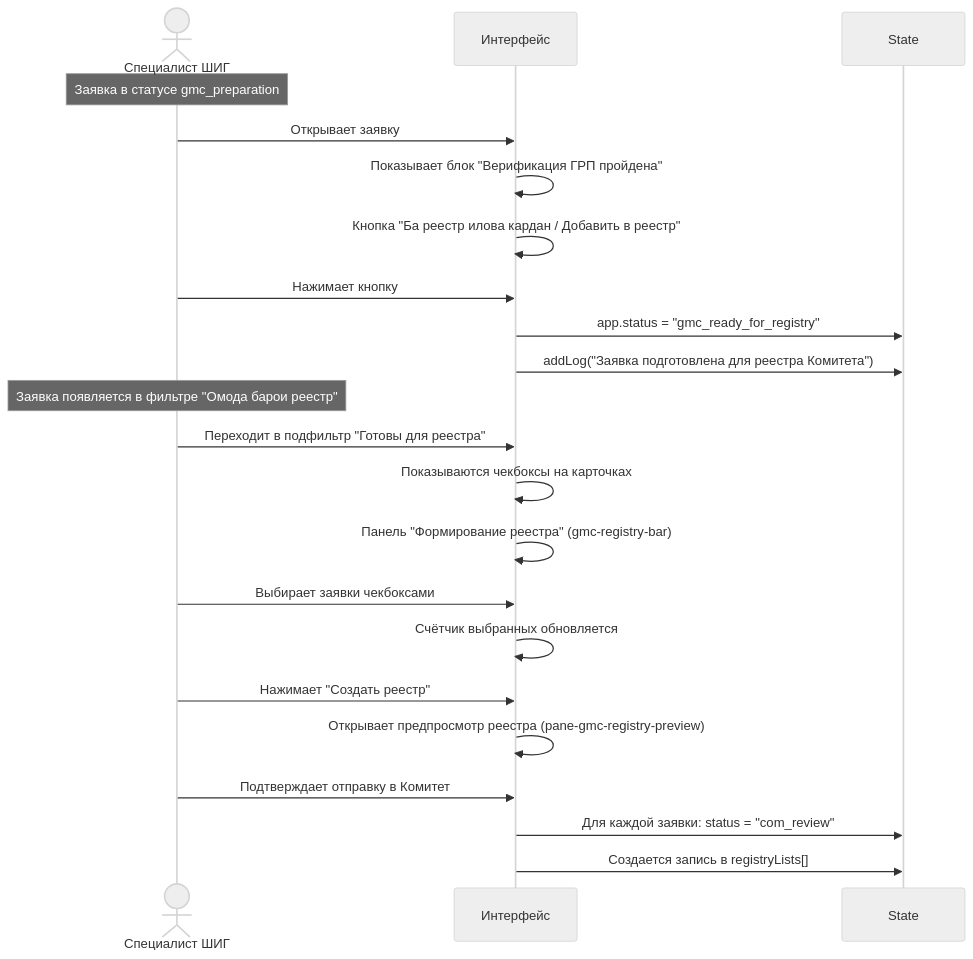
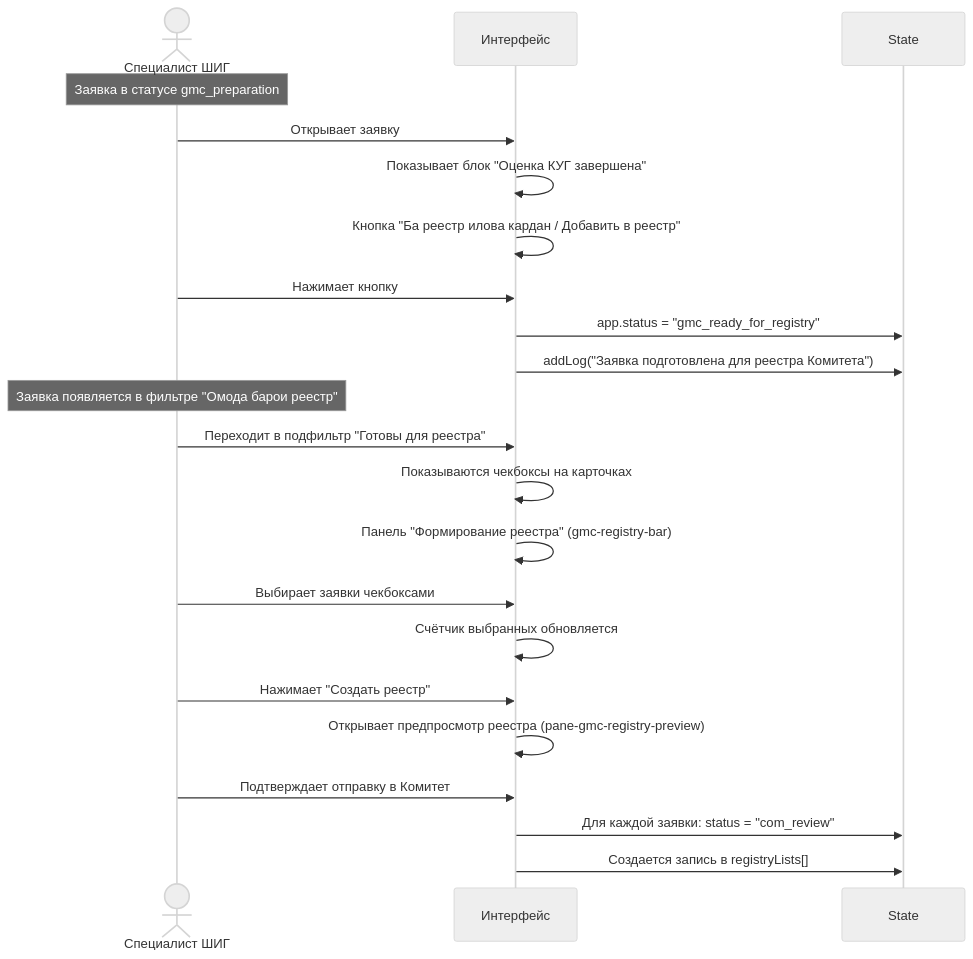
One commit to firka-kh/eip-test changed the fifth of 15 diagrams in docs/BUSINESS-PROCESSES.md. Above: the diagram before and after it, drawn with Mermaid (neutral theme). The commit also changed other lines of this file and 51 other files, not shown here.

````diff
--- a/docs/BUSINESS-PROCESSES.md
+++ b/docs/BUSINESS-PROCESSES.md
@@ -257,31 +231,31 @@
 ```mermaid
 sequenceDiagram
     actor Г as Специалист ШИГ
     participant UI as Интерфейс
     participant ST as State
 
     Note over Г: Заявка в статусе gmc_preparation
 
     Г->>UI: Открывает заявку
-    UI->>UI: Показывает блок "Верификация ГРП пройдена"
+    UI->>UI: Показывает блок "Оценка КУГ завершена"
     UI->>UI: Кнопка "Ба реестр илова кардан / Добавить в реестр"
 
     Г->>UI: Нажимает кнопку
     UI->>ST: app.status = "gmc_ready_for_registry"
     UI->>ST: addLog("Заявка подготовлена для реестра Комитета")
 
     Note over Г: Заявка появляется в фильтре "Омода барои реестр"
 
     Г->>UI: Переходит в подфильтр "Готовы для реестра"
     UI->>UI: Показываются чекбоксы на карточках
     UI->>UI: Панель "Формирование реестра" (gmc-registry-bar)
 
     Г->>UI: Выбирает заявки чекбоксами
     UI->>UI: Счётчик выбранных обновляется
     Г->>UI: Нажимает "Создать реестр"
     UI->>UI: Открывает предпросмотр реестра (pane-gmc-registry-preview)
     
     Г->>UI: Подтверждает отправку в Комитет
     UI->>ST: Для каждой заявки: status = "com_review"
     UI->>ST: Создается запись в registryLists[]
 ```
````
